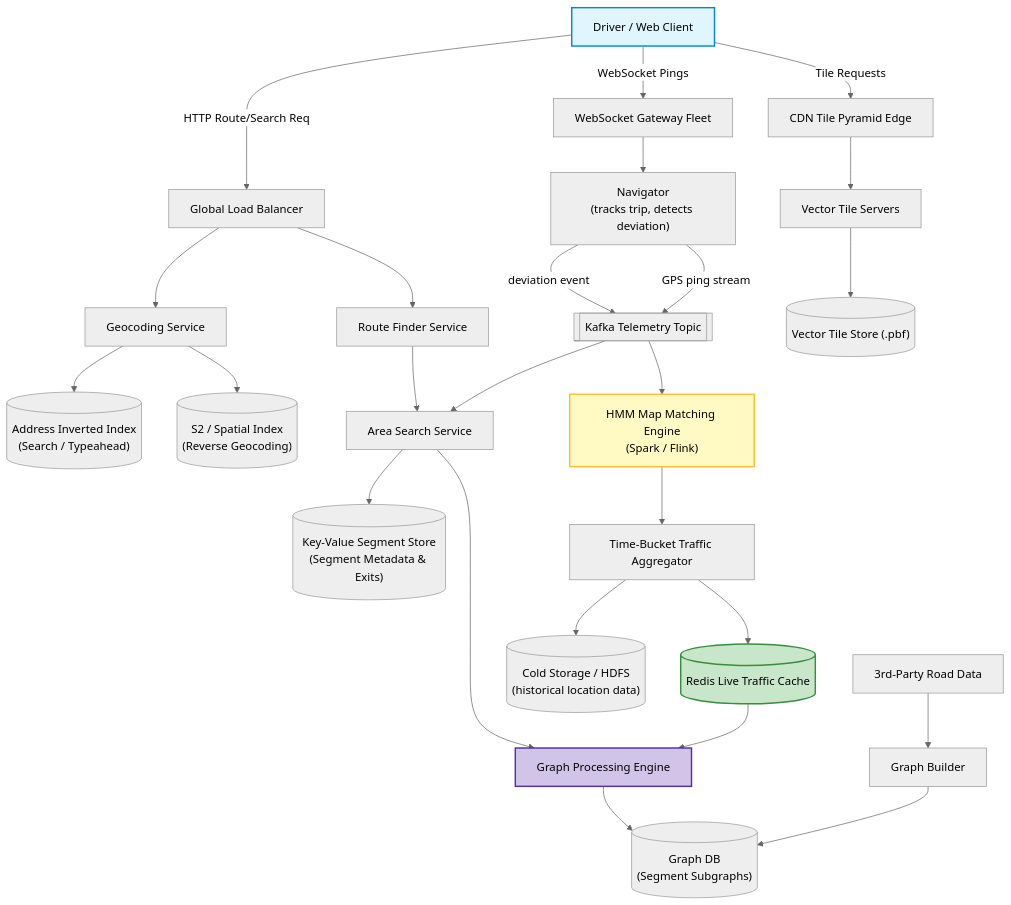
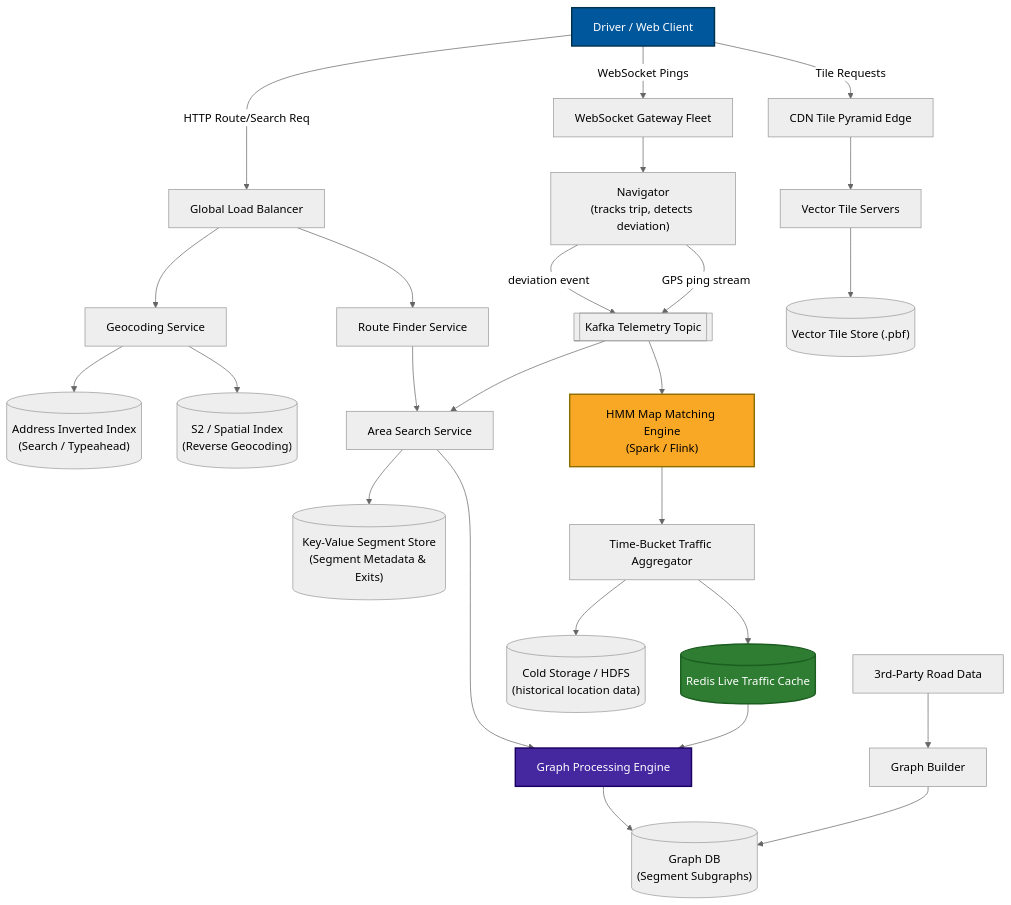
The fifth of 27 diagrams in system-design/HLD/0-course/28-Design Google Maps-FAANG-Guide.md (riyaz-pasha/Learnings), drawn with Mermaid (neutral theme) before and after one commit. The commit also changed other lines of this file and 1 other file, not shown here.

First line of the commit message:
[HLD] Make Google Maps guide mermaid diagram colors theme-safe

````diff
--- a/system-design/HLD/0-course/28-Design Google Maps-FAANG-Guide.md
+++ b/system-design/HLD/0-course/28-Design Google Maps-FAANG-Guide.md
@@ -346,40 +346,40 @@
 ```mermaid
 flowchart TB
     Client["Driver / Web Client"] -->|WebSocket Pings| Gateway["WebSocket Gateway Fleet"]
     Client -->|HTTP Route/Search Req| LoadBalancer["Global Load Balancer"]
 
     LoadBalancer --> GeoService["Geocoding Service"]
     LoadBalancer --> RouteFinder["Route Finder Service"]
 
     GeoService --> TextIndex[("Address Inverted Index<br/>(Search / Typeahead)")]
     GeoService --> SpatialIndex[("S2 / Spatial Index<br/>(Reverse Geocoding)")]
 
     RouteFinder --> AreaSearch["Area Search Service"]
     AreaSearch --> SegmentKV[("Key-Value Segment Store<br/>(Segment Metadata & Exits)")]
     AreaSearch --> GraphEngine["Graph Processing Engine"]
     GraphEngine --> GraphDB[("Graph DB<br/>(Segment Subgraphs)")]
 
     Gateway --> Navigator["Navigator<br/>(tracks trip, detects deviation)"]
     Navigator -->|deviation event| TelemetryKafka[["Kafka Telemetry Topic"]]
     Navigator -->|GPS ping stream| TelemetryKafka
     TelemetryKafka --> AreaSearch
 
     TelemetryKafka --> MapMatcher["HMM Map Matching Engine<br/>(Spark / Flink)"]
     MapMatcher --> Aggregator["Time-Bucket Traffic Aggregator"]
     Aggregator --> LiveTrafficCache[("Redis Live Traffic Cache")]
     Aggregator --> ColdStorage[("Cold Storage / HDFS<br/>(historical location data)")]
 
     LiveTrafficCache --> GraphEngine
     
     Client -->|Tile Requests| CDN["CDN Tile Pyramid Edge"]
     CDN --> TileServer["Vector Tile Servers"]
     TileServer --> TileStore[("Vector Tile Store (.pbf)")]
 
     ThirdParty["3rd-Party Road Data"] --> GraphBuilder["Graph Builder"]
     GraphBuilder --> GraphDB
 
-    style Client fill:#e1f5fe,stroke:#0288d1,stroke-width:2px
-    style GraphEngine fill:#d1c4e9,stroke:#512da8,stroke-width:2px
-    style MapMatcher fill:#fff9c4,stroke:#fbc02d,stroke-width:2px
-    style LiveTrafficCache fill:#c8e6c9,stroke:#388e3c,stroke-width:2px
+    style Client fill:#01579b,stroke:#00324d,color:#ffffff,stroke-width:2px
+    style GraphEngine fill:#4527a0,stroke:#1a0060,color:#ffffff,stroke-width:2px
+    style MapMatcher fill:#f9a825,stroke:#8d6e00,color:#000000,stroke-width:2px
+    style LiveTrafficCache fill:#2e7d32,stroke:#1b5e20,color:#ffffff,stroke-width:2px
 ```
````
